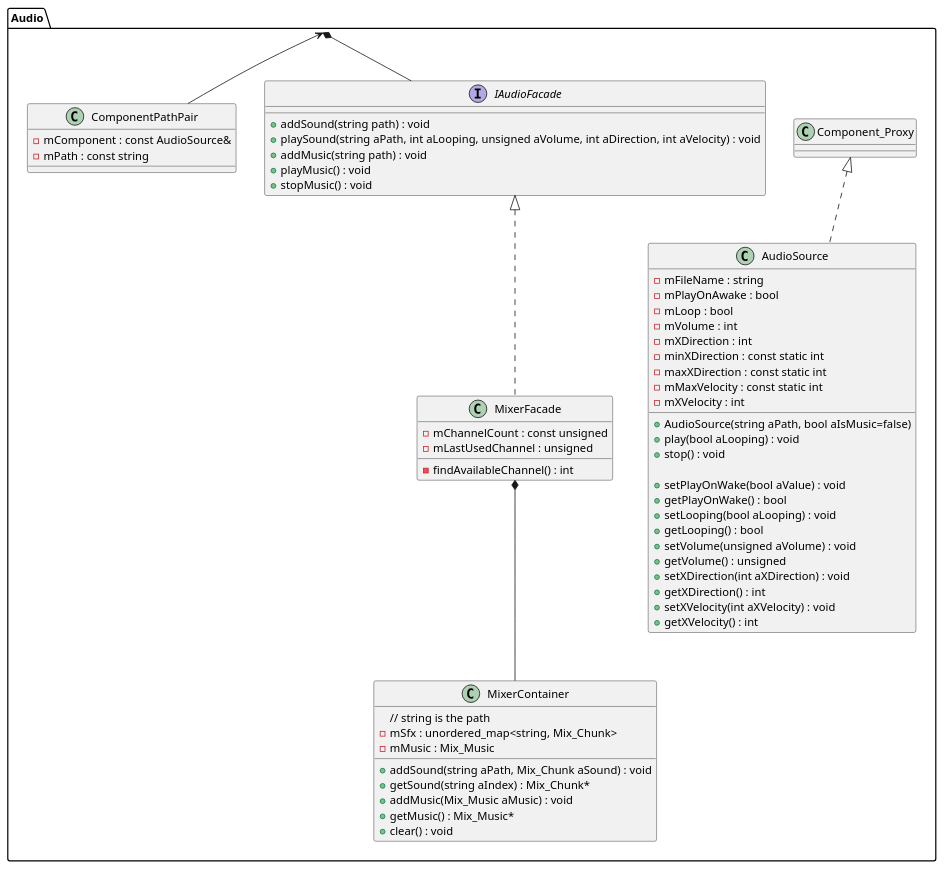
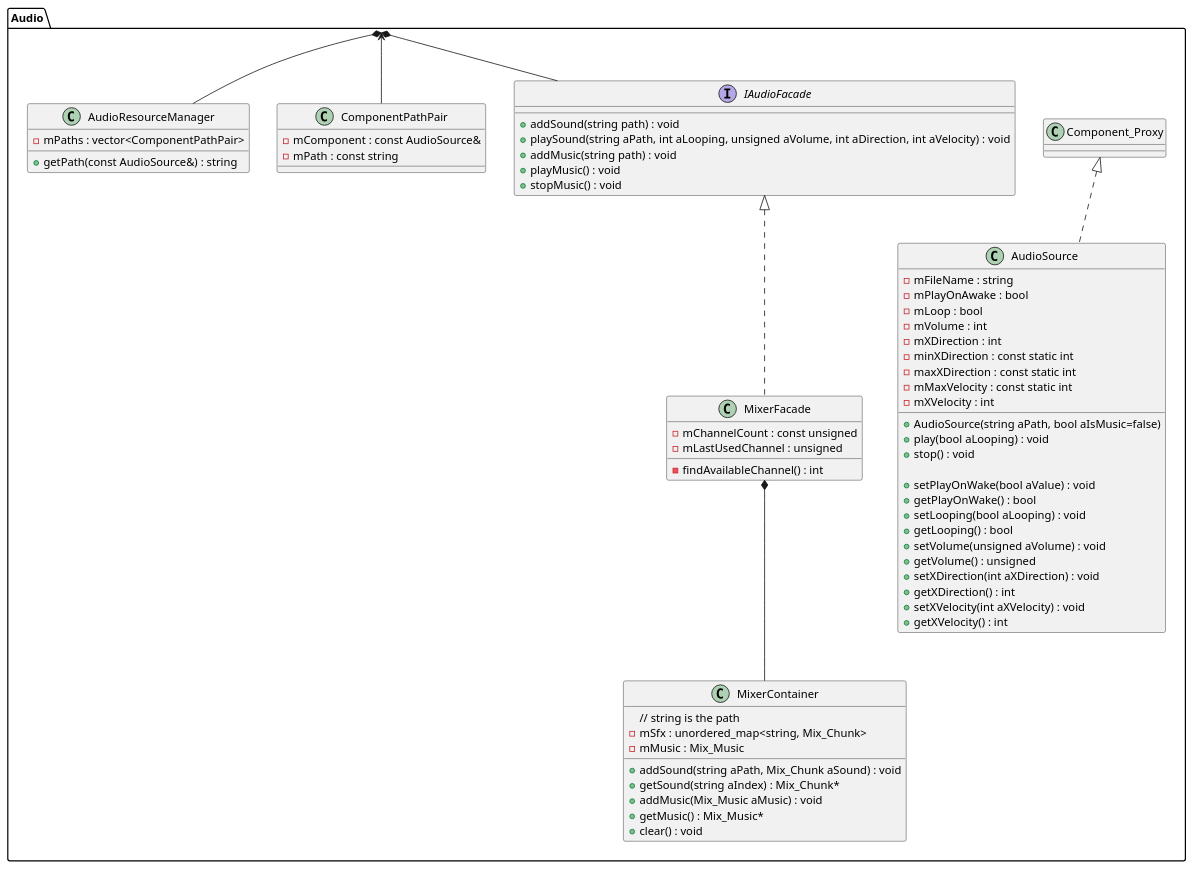
Before and after one commit to Seger01/GameEngine: the diagram in docs/Diagrams/audioPackage.puml, drawn with PlantUML. The commit also changed 2 other files, not shown here.

Commit message:
AudioPackage: added audio resource manager enginePackage: removed audio resource manager savegamePackage: added relation between save package and savegame class

```diff
--- a/docs/Diagrams/audioPackage.puml
+++ b/docs/Diagrams/audioPackage.puml
@@ -1,70 +1,76 @@
 @startuml audioPackageClassDiagram
 
 package Audio{
     class Component_Proxy {}
 
 class AudioSource implements Component_Proxy{
     - mFileName : string
     - mPlayOnAwake : bool
     - mLoop : bool
     - mVolume : int
     - mXDirection : int
     - minXDirection : const static int
     - maxXDirection : const static int
     - mMaxVelocity : const static int
     - mXVelocity : int
     + AudioSource(string aPath, bool aIsMusic=false)
     + play(bool aLooping) : void
     + stop() : void 
 
     + setPlayOnWake(bool aValue) : void
     + getPlayOnWake() : bool
     + setLooping(bool aLooping) : void
     + getLooping() : bool
     + setVolume(unsigned aVolume) : void
     + getVolume() : unsigned
     + setXDirection(int aXDirection) : void
     + getXDirection() : int
     + setXVelocity(int aXVelocity) : void
     + getXVelocity() : int
 }
 
 interface IAudioFacade {
     + addSound(string path) : void
     + playSound(string aPath, int aLooping, unsigned aVolume, int aDirection, int aVelocity) : void
     + addMusic(string path) : void
     + playMusic() : void
     + stopMusic() : void
 }
 
 'This class is probably useless, because the path can be retrieved directly from the audiosource. The actual functionality it was intended for can be found in the MixerContainer::mSfx
 class ComponentPathPair {
     - mComponent : const AudioSource&
     - mPath : const string
 }
 
 class MixerFacade implements IAudioFacade {
     - mChannelCount : const unsigned
     - mLastUsedChannel : unsigned
     - findAvailableChannel() : int
 }
 
 class MixerContainer {
     // string is the path
     - mSfx : unordered_map<string, Mix_Chunk>
     - mMusic : Mix_Music
     + addSound(string aPath, Mix_Chunk aSound) : void
     + getSound(string aIndex) : Mix_Chunk*
     + addMusic(Mix_Music aMusic) : void
     + getMusic() : Mix_Music*
     + clear() : void
 }
 
+class AudioResourceManager {
+    - mPaths : vector<ComponentPathPair>
+    + getPath(const AudioSource&) : string
+}
+
 MixerFacade *-- MixerContainer
 
 }
 
 Audio *--IAudioFacade
 Audio <-- ComponentPathPair
+Audio *-- AudioResourceManager
 
 @enduml
```
